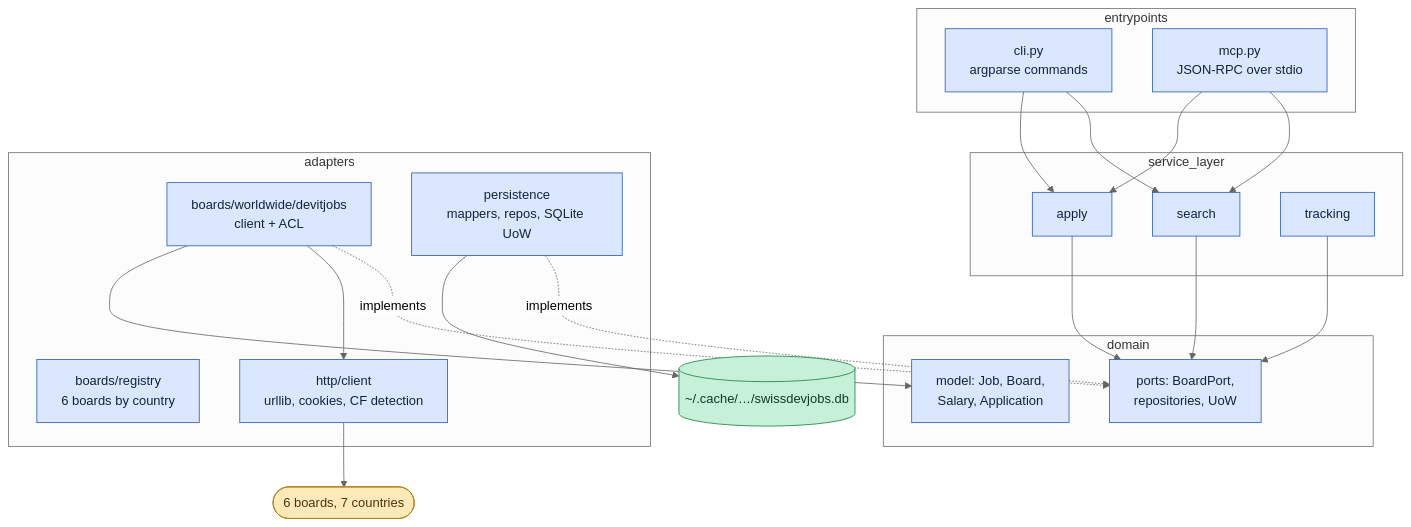
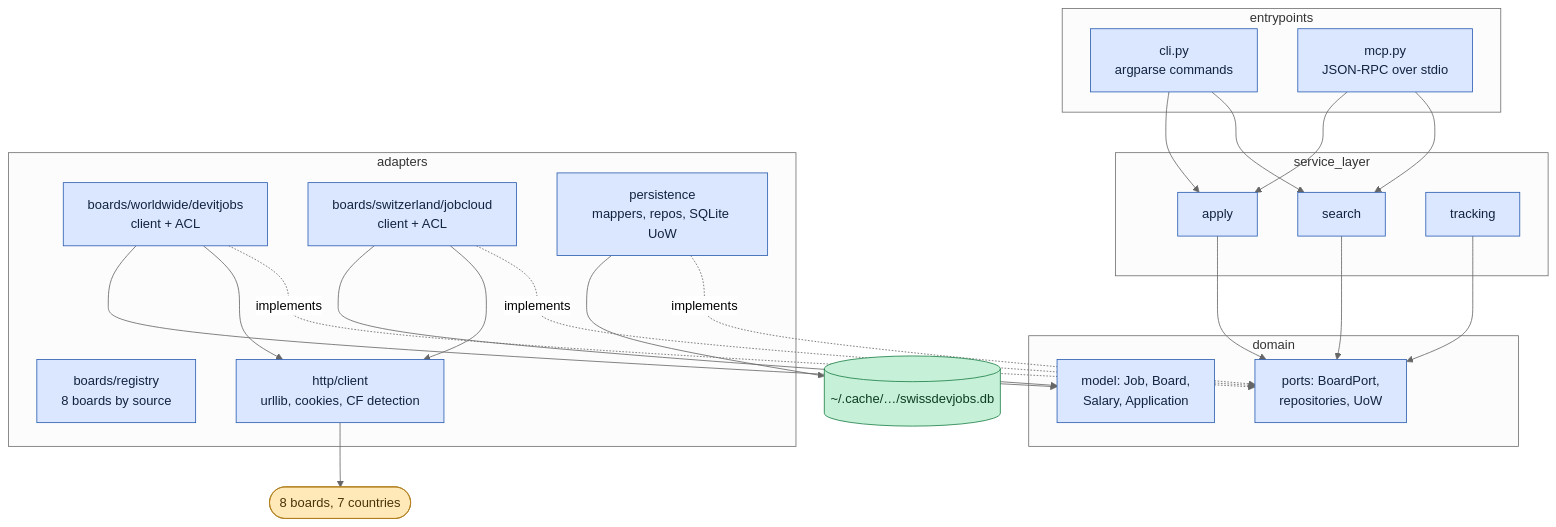
One commit to Stupidoodle/swissdevjobs-cli changed the fifth of 7 diagrams in README.md. Above: the diagram before and after it, drawn with Mermaid (neutral theme). The commit also changed other lines of this file and 5 other files, not shown here.

````diff
--- a/README.md
+++ b/README.md
@@ -514,44 +549,48 @@
 ```mermaid
 flowchart TB
     subgraph EP["entrypoints"]
         CLI["cli.py<br/>argparse commands"]
         MCP["mcp.py<br/>JSON-RPC over stdio"]
     end
     subgraph SL["service_layer"]
         SEARCH["search"]
         APPLY["apply"]
         TRACK["tracking"]
     end
     subgraph AD["adapters"]
-        REG["boards/registry<br/>6 boards by country"]
+        REG["boards/registry<br/>8 boards by source"]
         DEVIT["boards/worldwide/devitjobs<br/>client + ACL"]
+        JC["boards/switzerland/jobcloud<br/>client + ACL"]
         HTTP["http/client<br/>urllib, cookies, CF detection"]
         PERS["persistence<br/>mappers, repos, SQLite UoW"]
     end
     subgraph DOM["domain"]
         MODEL["model: Job, Board,<br/>Salary, Application"]
         PORTS["ports: BoardPort,<br/>repositories, UoW"]
     end
 
     CLI --> SEARCH
     MCP --> SEARCH
     CLI --> APPLY
     MCP --> APPLY
     SEARCH --> PORTS
     APPLY --> PORTS
     TRACK --> PORTS
     DEVIT -.implements.-> PORTS
+    JC -.implements.-> PORTS
     PERS -.implements.-> PORTS
     DEVIT --> HTTP
+    JC --> HTTP
     DEVIT --> MODEL
+    JC --> MODEL
     PERS --> SQL[("~/.cache/…/swissdevjobs.db")]
-    HTTP --> NET(["6 boards, 7 countries"])
+    HTTP --> NET(["8 boards, 7 countries"])
 
     classDef mod fill:#dbe7ff,stroke:#2a5db0,color:#12233f
     classDef ext fill:#ffe9b8,stroke:#b07d1a,color:#4a3308
     classDef store fill:#c7f0d8,stroke:#1a7f45,color:#0b3d22
 
-    class CLI,MCP,SEARCH,APPLY,TRACK,REG,DEVIT,HTTP,PERS,MODEL,PORTS mod
+    class CLI,MCP,SEARCH,APPLY,TRACK,REG,DEVIT,JC,HTTP,PERS,MODEL,PORTS mod
     class NET ext
     class SQL store
 ```
````
